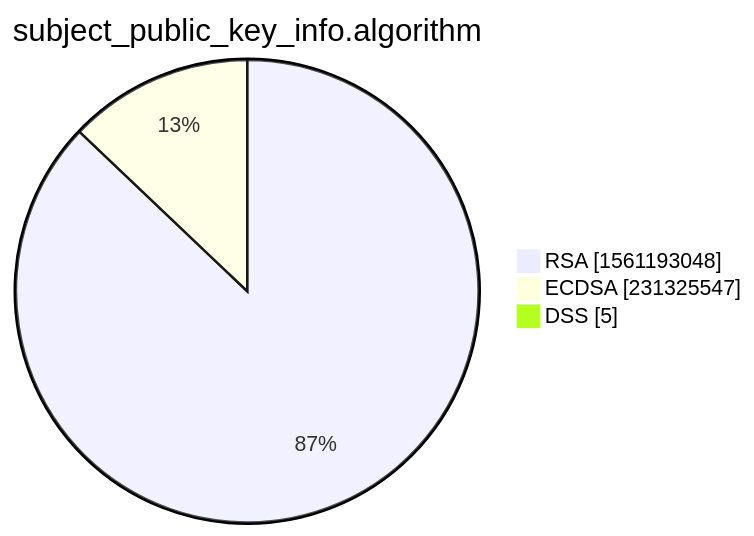
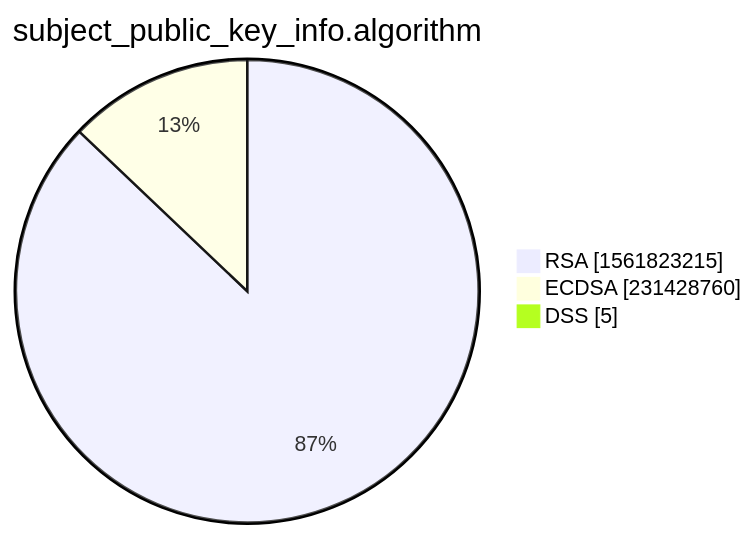
The third of 15 diagrams in xenon2022/README.md (christiankrug/ctmonitor_visualization), drawn with Mermaid before and after one commit. The commit also changed other lines of this file, not shown here.

````diff
--- a/xenon2022/README.md
+++ b/xenon2022/README.md
@@ -14,7 +14,7 @@
 ```mermaid
 pie showData
 title subject_public_key_info.algorithm
-"RSA" :1561193048
-"ECDSA" :231325547
+"RSA" :1561823215
+"ECDSA" :231428760
 "DSS" :5
 ```
````
